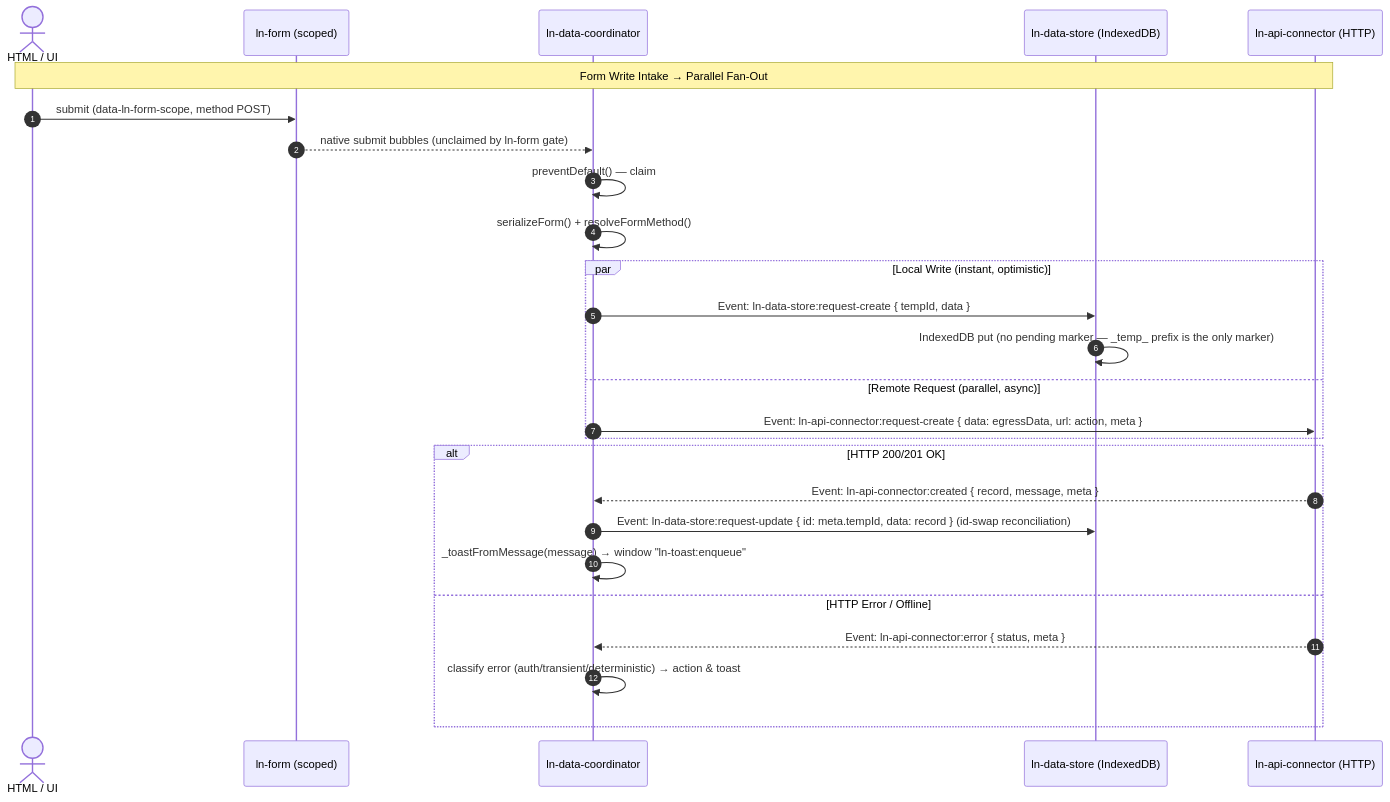
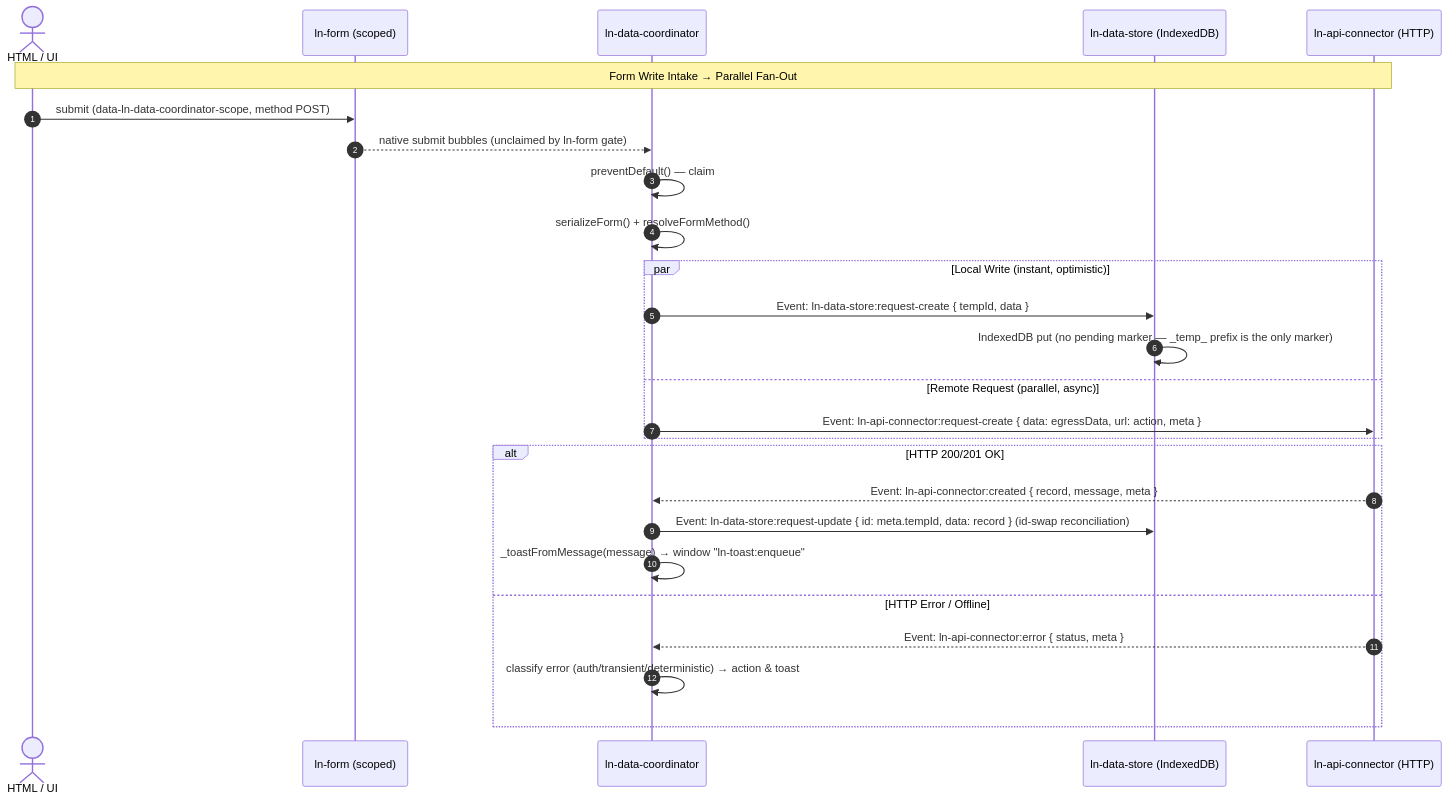
Before and after one commit to livenetworks/ln-ashlar: the second of 2 diagrams in docs-mcp/components/ln-data-coordinator.md, drawn with Mermaid. The commit also changed other lines of this file and 9 other files, not shown here.

First line of the commit message:
feat(ln-data-coordinator): take query intake for search, filter and sort

````diff
--- a/docs-mcp/components/ln-data-coordinator.md
+++ b/docs-mcp/components/ln-data-coordinator.md
@@ -196,29 +237,29 @@
 ```mermaid
 sequenceDiagram
     autonumber
     actor Dev as HTML / UI
     participant Form as ln-form (scoped)
     participant Coord as ln-data-coordinator
     participant Store as ln-data-store (IndexedDB)
     participant Conn as ln-api-connector (HTTP)
 
     Note over Dev, Conn: Form Write Intake → Parallel Fan-Out
-    Dev->>Form: submit (data-ln-form-scope, method POST)
+    Dev->>Form: submit (data-ln-data-coordinator-scope, method POST)
     Form-->>Coord: native submit bubbles (unclaimed by ln-form gate)
     Coord->>Coord: preventDefault() — claim
     Coord->>Coord: serializeForm() + resolveFormMethod()
     par Local Write (instant, optimistic)
         Coord->>Store: Event: ln-data-store:request-create { tempId, data }
         Store->>Store: IndexedDB put (no pending marker — _temp_ prefix is the only marker)
     and Remote Request (parallel, async)
         Coord->>Conn: Event: ln-api-connector:request-create { data: egressData, url: action, meta }
     end
     alt HTTP 200/201 OK
         Conn-->>Coord: Event: ln-api-connector:created { record, message, meta }
         Coord->>Store: Event: ln-data-store:request-update { id: meta.tempId, data: record } (id-swap reconciliation)
         Coord->>Coord: _toastFromMessage(message) → window "ln-toast:enqueue"
     else HTTP Error / Offline
         Conn-->>Coord: Event: ln-api-connector:error { status, meta }
         Coord->>Coord: classify error (auth/transient/deterministic) → action & toast
     end
 ```
````
